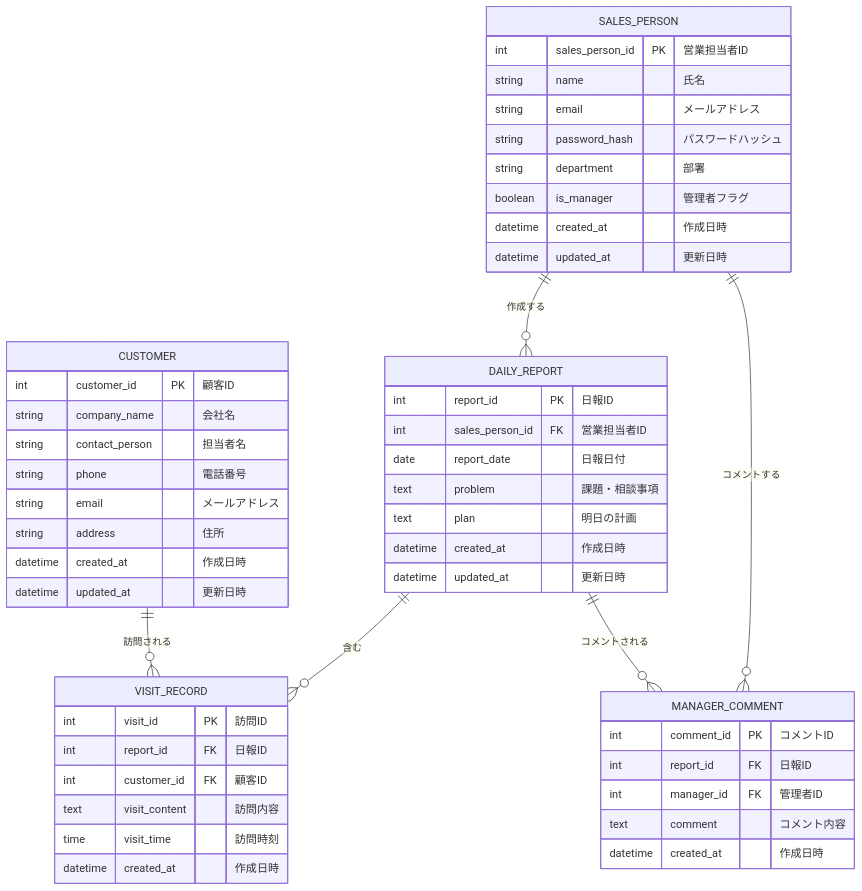
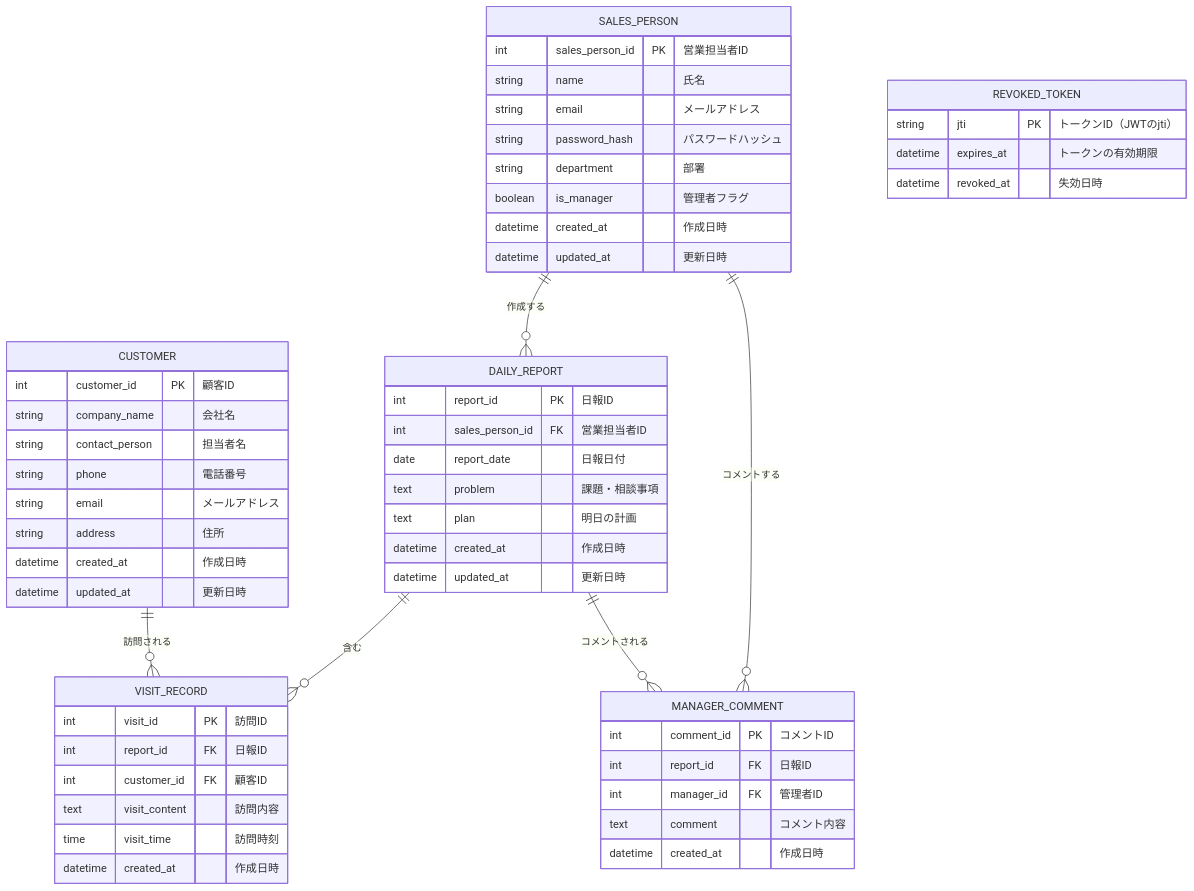
Before and after one commit to hiroshees/daily-report: the diagram in doc/ER_DIAGRAM.md, drawn with Mermaid. The commit also changed 37 other files, not shown here.

````diff
--- a/doc/ER_DIAGRAM.md
+++ b/doc/ER_DIAGRAM.md
@@ -1,63 +1,70 @@
 ```mermaid
 erDiagram
     %% 営業マスタ
     SALES_PERSON {
         int sales_person_id PK "営業担当者ID"
         string name "氏名"
         string email "メールアドレス"
         string password_hash "パスワードハッシュ"
         string department "部署"
         boolean is_manager "管理者フラグ"
         datetime created_at "作成日時"
         datetime updated_at "更新日時"
     }
 
     %% 顧客マスタ
     CUSTOMER {
         int customer_id PK "顧客ID"
         string company_name "会社名"
         string contact_person "担当者名"
         string phone "電話番号"
         string email "メールアドレス"
         string address "住所"
         datetime created_at "作成日時"
         datetime updated_at "更新日時"
     }
 
     %% 日報
     DAILY_REPORT {
         int report_id PK "日報ID"
         int sales_person_id FK "営業担当者ID"
         date report_date "日報日付"
         text problem "課題・相談事項"
         text plan "明日の計画"
         datetime created_at "作成日時"
         datetime updated_at "更新日時"
     }
 
     %% 訪問記録
     VISIT_RECORD {
         int visit_id PK "訪問ID"
         int report_id FK "日報ID"
         int customer_id FK "顧客ID"
         text visit_content "訪問内容"
         time visit_time "訪問時刻"
         datetime created_at "作成日時"
     }
 
     %% 上長コメント
     MANAGER_COMMENT {
         int comment_id PK "コメントID"
         int report_id FK "日報ID"
         int manager_id FK "管理者ID"
         text comment "コメント内容"
         datetime created_at "作成日時"
     }
 
+    %% 失効トークン（ログアウト済みのログイントークン。他のテーブルとの関連はない）
+    REVOKED_TOKEN {
+        string jti PK "トークンID（JWTのjti）"
+        datetime expires_at "トークンの有効期限"
+        datetime revoked_at "失効日時"
+    }
+
     %% リレーションシップ
     SALES_PERSON ||--o{ DAILY_REPORT : "作成する"
     DAILY_REPORT ||--o{ VISIT_RECORD : "含む"
     CUSTOMER ||--o{ VISIT_RECORD : "訪問される"
     DAILY_REPORT ||--o{ MANAGER_COMMENT : "コメントされる"
     SALES_PERSON ||--o{ MANAGER_COMMENT : "コメントする"
 ```
````
